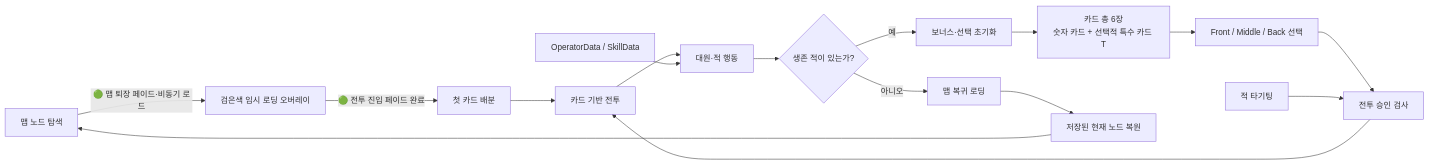
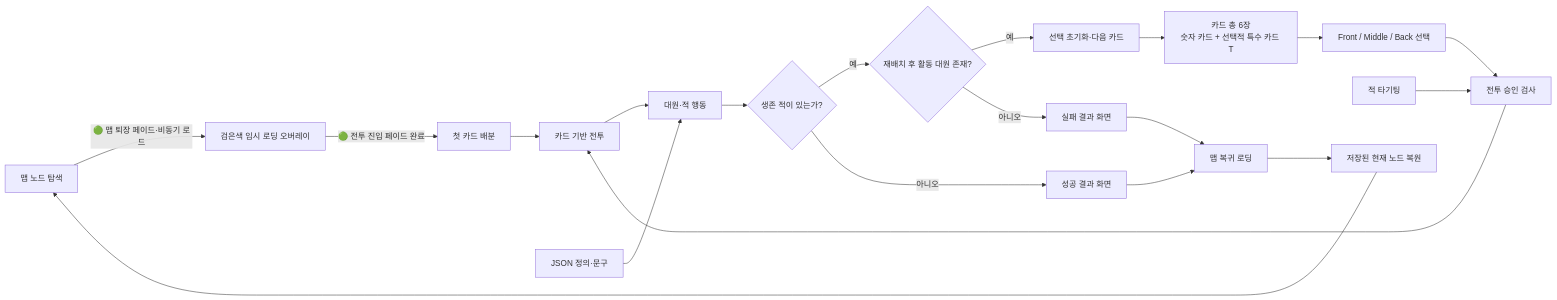
The diagram in wiki/랜드인트 작전기록 대문.md (icrf-hot/Randint_Strategy_Record), drawn with Mermaid before and after one commit. The commit also changed other lines of this file and 51 other files, not shown here.

````diff
--- a/wiki/랜드인트 작전기록 대문.md
+++ b/wiki/랜드인트 작전기록 대문.md
@@ -38,18 +43,22 @@
 ```mermaid
 flowchart LR
     Map[맵 노드 탐색] -->|🟢 맵 퇴장 페이드·비동기 로드| Loading[검은색 임시 로딩 오버레이]
     Loading -->|🟢 전투 진입 페이드 완료| Deal[첫 카드 배분]
     Deal --> Battle[카드 기반 전투]
     Card[카드 총 6장<br/>숫자 카드 + 선택적 특수 카드 T] --> Select[Front / Middle / Back 선택]
     Select --> Gate[전투 승인 검사]
     Target[적 타기팅] --> Gate
     Gate --> Battle
     Battle --> Actor[대원·적 행동]
     Actor --> Victory{생존 적이 있는가?}
-    Victory -->|예| Reset[보너스·선택 초기화]
+    Victory -->|예| Defeat{재배치 후 활동 대원 존재?}
+    Defeat -->|예| Reset[선택 초기화·다음 카드]
+    Defeat -->|아니오| Failure[실패 결과 화면]
     Reset --> Card
-    Victory -->|아니오| Return[맵 복귀 로딩]
+    Victory -->|아니오| Success[성공 결과 화면]
+    Success --> Return[맵 복귀 로딩]
+    Failure --> Return
     Return --> Restore[저장된 현재 노드 복원]
     Restore --> Map
-    Data[OperatorData / SkillData] --> Actor
+    Data[JSON 정의·문구] --> Actor
 ```
````
